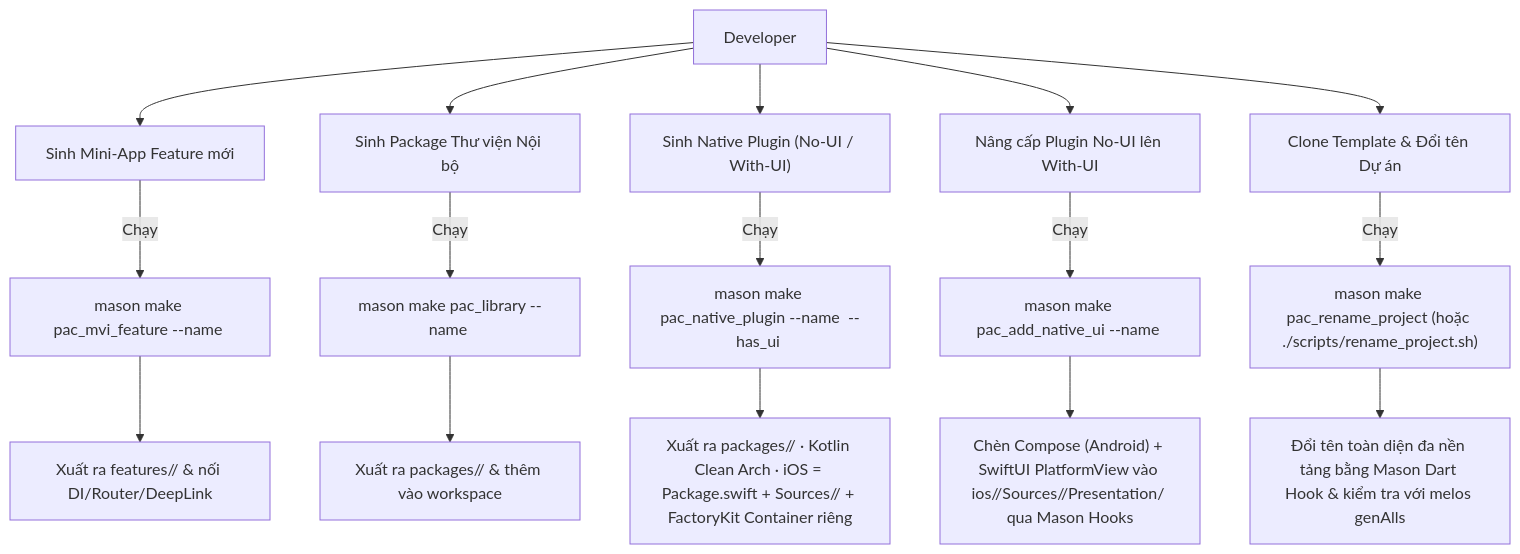
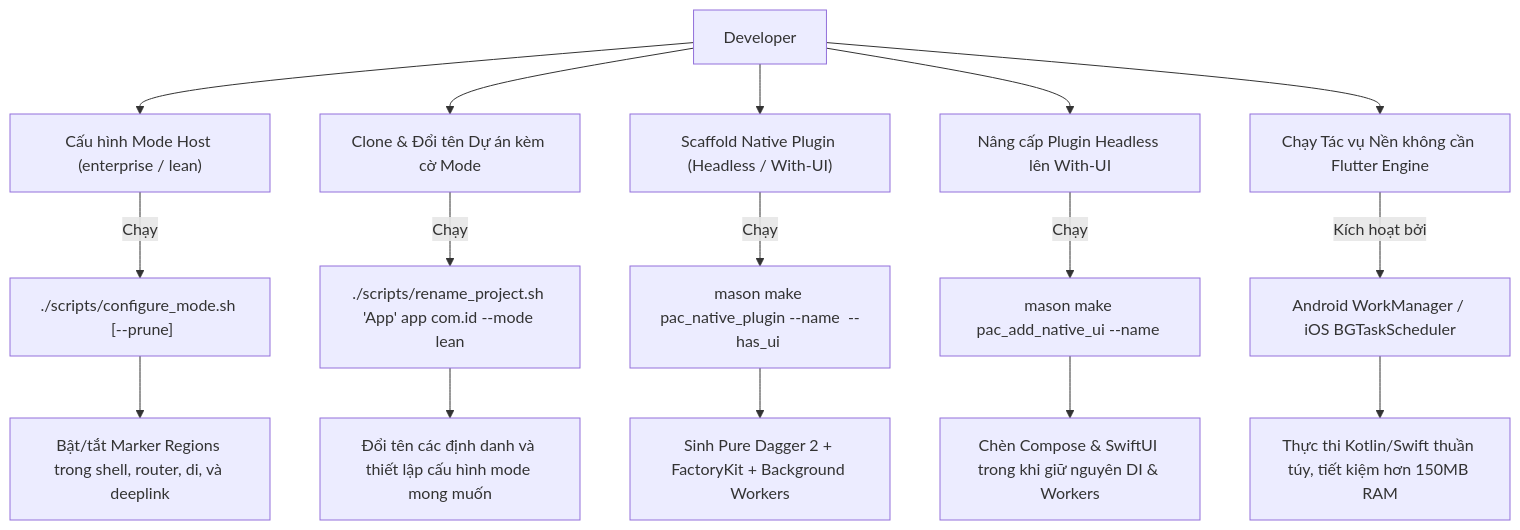
One commit to DanhDue/bloc_digital_wallet changed the second of 3 diagrams in .devtool/epic/flutter_super_app_template/flutter_super_app_template.vi.md. Above: the diagram before and after it, drawn with Mermaid. The commit also changed other lines of this file and 2 other files, not shown here.

First line of the commit message:
[FLUTTER_SUPER_APP_TEMPLATE] Update HLD and living BDD scenarios for dual-mode and native SDKs

````diff
--- a/.devtool/epic/flutter_super_app_template/flutter_super_app_template.vi.md
+++ b/.devtool/epic/flutter_super_app_template/flutter_super_app_template.vi.md
@@ -110,23 +118,20 @@
 ```mermaid
 flowchart TD
-    Dev["Developer"] --> U1["Sinh Mini-App Feature mới"]
-    Dev --> U2["Sinh Package Thư viện Nội bộ"]
-    Dev --> U3["Sinh Native Plugin (No-UI / With-UI)"]
-    Dev --> U4["Nâng cấp Plugin No-UI lên With-UI"]
-    Dev --> U5["Clone Template & Đổi tên Dự án"]
+    Dev["Developer"] --> U1["Cấu hình Mode Host (enterprise / lean)"]
+    Dev --> U2["Clone & Đổi tên Dự án kèm cờ Mode"]
+    Dev --> U3["Scaffold Native Plugin (Headless / With-UI)"]
+    Dev --> U4["Nâng cấp Plugin Headless lên With-UI"]
+    Dev --> U5["Chạy Tác vụ Nền không cần Flutter Engine"]
 
-    U1 -->|Chạy| B1["mason make pac_mvi_feature --name <name>"]
-    B1 --> O1["Xuất ra features/<name>/ & nối DI/Router/DeepLink"]
+    U1 -->|Chạy| S1["./scripts/configure_mode.sh <enterprise|lean> [--prune]"]
+    U2 -->|Chạy| S2["./scripts/rename_project.sh 'App' app com.id --mode lean"]
+    U3 -->|Chạy| B1["mason make pac_native_plugin --name <name> --has_ui <bool>"]
+    U4 -->|Chạy| B2["mason make pac_add_native_ui --name <name>"]
+    U5 -->|Kích hoạt bởi| B3["Android WorkManager / iOS BGTaskScheduler"]
 
-    U2 -->|Chạy| B2["mason make pac_library --name <name>"]
-    B2 --> O2["Xuất ra packages/<name>/ & thêm vào workspace"]
-
-    U3 -->|Chạy| B3["mason make pac_native_plugin --name <name> --has_ui <bool>"]
-    B3 --> O3["Xuất ra packages/<name>/ · Kotlin Clean Arch · iOS = Package.swift + Sources/<name>/ + FactoryKit Container riêng"]
-
-    U4 -->|Chạy| B4["mason make pac_add_native_ui --name <name>"]
-    B4 --> O4["Chèn Compose (Android) + SwiftUI PlatformView vào ios/<name>/Sources/<name>/Presentation/ qua Mason Hooks"]
-
-    U5 -->|Chạy| S1["mason make pac_rename_project (hoặc ./scripts/rename_project.sh)"]
-    S1 --> O5["Đổi tên toàn diện đa nền tảng bằng Mason Dart Hook & kiểm tra với melos genAlls"]
+    S1 --> O1["Bật/tắt Marker Regions trong shell, router, di, và deeplink"]
+    S2 --> O2["Đổi tên các định danh và thiết lập cấu hình mode mong muốn"]
+    B1 --> O3["Sinh Pure Dagger 2 + FactoryKit + Background Workers"]
+    B2 --> O4["Chèn Compose & SwiftUI trong khi giữ nguyên DI & Workers"]
+    B3 --> O5["Thực thi Kotlin/Swift thuần túy, tiết kiệm hơn 150MB RAM"]
 ```
````
